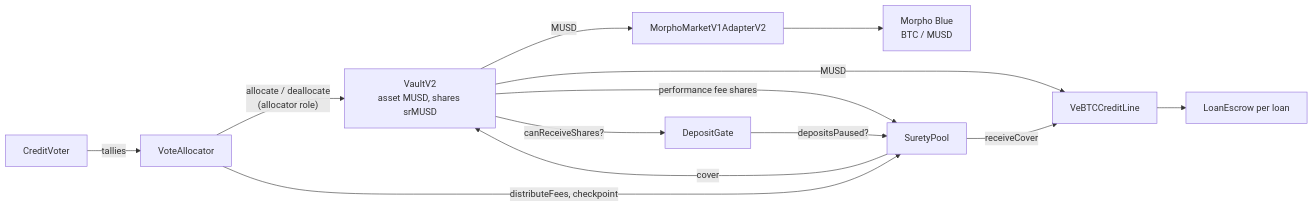
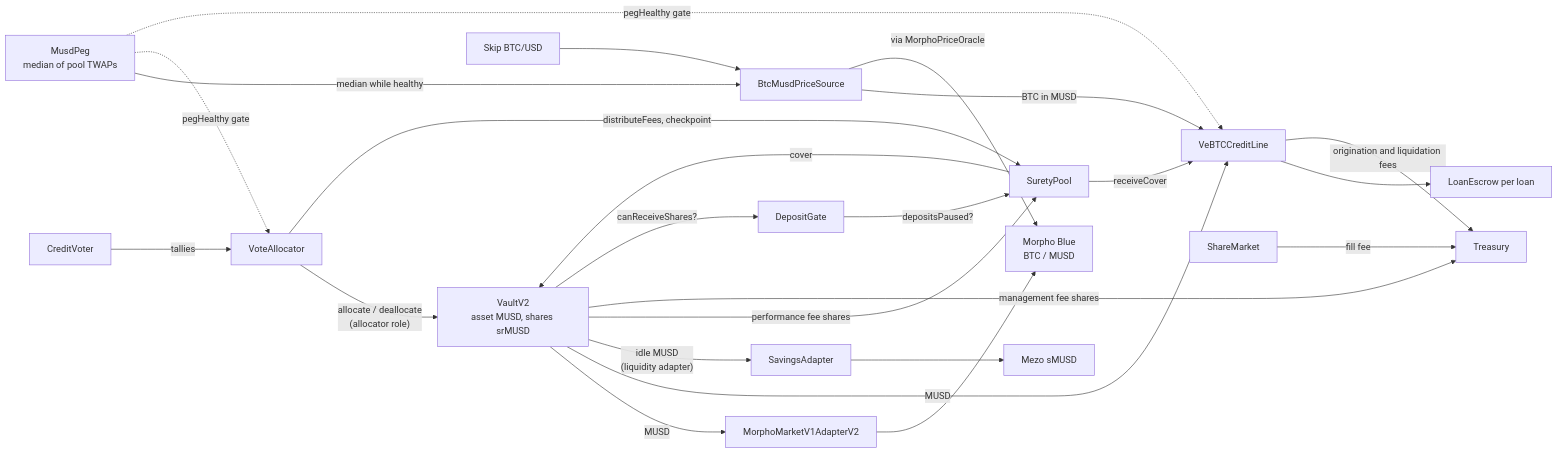
Before and after one commit to RaYYeR220/surety: the first of 2 diagrams in docs/ARCHITECTURE.md, drawn with Mermaid. The commit also changed other lines of this file, not shown here.

First line of the commit message:
Describe v2 in the architecture

````diff
--- a/docs/ARCHITECTURE.md
+++ b/docs/ARCHITECTURE.md
@@ -5,14 +5,24 @@
 ```mermaid
 flowchart LR
   vault["VaultV2<br/>asset MUSD, shares srMUSD"]
   voter["CreditVoter"] -->|"tallies"| allocator["VoteAllocator"]
   allocator -->|"allocate / deallocate<br/>(allocator role)"| vault
   vault -->|"MUSD"| morphoAdapter["MorphoMarketV1AdapterV2"] --> market["Morpho Blue<br/>BTC / MUSD"]
   vault -->|"MUSD"| line["VeBTCCreditLine"] --> escrow["LoanEscrow per loan"]
+  vault -->|"idle MUSD<br/>(liquidity adapter)"| savings["SavingsAdapter"] --> smusd["Mezo sMUSD"]
   vault -->|"performance fee shares"| pool["SuretyPool"]
+  vault -->|"management fee shares"| treasury["Treasury"]
+  line -->|"origination and liquidation fees"| treasury
+  shareMarket["ShareMarket"] -->|"fill fee"| treasury
   allocator -->|"distributeFees, checkpoint"| pool
   pool -->|"cover"| vault
   pool -->|"receiveCover"| line
   gate["DepositGate"] -->|"depositsPaused?"| pool
   vault -->|"canReceiveShares?"| gate
+  skip["Skip BTC/USD"] --> btcMusd["BtcMusdPriceSource"]
+  peg["MusdPeg<br/>median of pool TWAPs"] -->|"median while healthy"| btcMusd
+  btcMusd -->|"BTC in MUSD"| line
+  btcMusd -->|"via MorphoPriceOracle"| market
+  peg -.->|"pegHealthy gate"| allocator
+  peg -.->|"pegHealthy gate"| line
 ```
````
